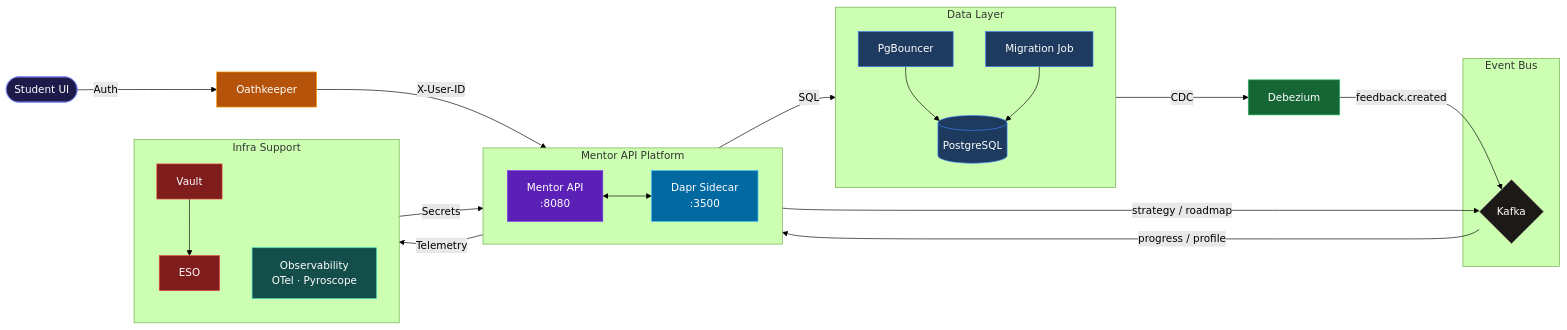
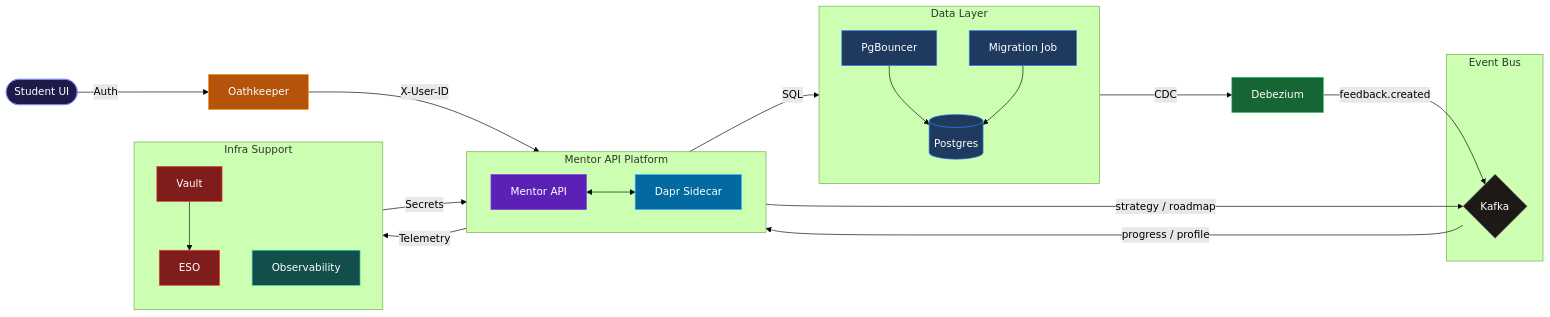
The diagram in README.md (MathTrail/mentor-api), drawn with Mermaid (forest theme) before and after one commit.

````diff
--- a/README.md
+++ b/README.md
@@ -36,54 +36,54 @@
 ```mermaid
 graph LR
     User([Student UI]) -- "Auth" --> OK[Oathkeeper]
     
     subgraph MentorService [Mentor API Platform]
         direction LR
-        App["Mentor API\n:8080"]
-        Sidecar["Dapr Sidecar\n:3500"]
+        App["Mentor API"]
+        Sidecar["Dapr Sidecar"]
         App <--> Sidecar
     end
 
     OK -- "X-User-ID" --> App
 
     subgraph Storage [Data Layer]
         direction TB
-        PGB["PgBouncer"] --> PG[("PostgreSQL")]
+        PGB["PgBouncer"] --> PG[("Postgres")]
         Mig["Migration Job"] --> PG
     end
 
     Sidecar -- "SQL" --> PGB
     PG -- "CDC" --> Deb[Debezium]
     
     subgraph Bus [Event Bus]
         Kfk{Kafka}
     end
 
     Deb -- "feedback.created" --> Kfk
     Kfk -- "progress / profile" --> App
     App -- "strategy / roadmap" --> Kfk
 
     subgraph Support [Infra Support]
         direction TB
         Vault["Vault"] --> ESO["ESO"]
-        Obs["Observability\nOTel · Pyroscope"]
+        Obs["Observability"]
     end
 
     ESO -- "Secrets" --> Sidecar
     App -- "Telemetry" --> Obs
 
     %% Styling
     classDef svc fill:#5b21b6,stroke:#7c3aed,color:#fff
     classDef dapr fill:#0369a1,stroke:#38bdf8,color:#fff
     classDef authCls fill:#b45309,stroke:#f59e0b,color:#fff
     classDef dataCls fill:#1e3a5f,stroke:#3b82f6,color:#fff
     classDef cdcCls fill:#166534,stroke:#22c55e,color:#fff
     classDef eventCls fill:#1c1917,stroke:#78716c,color:#fff
     classDef secretCls fill:#7f1d1d,stroke:#ef4444,color:#fff
     classDef obsCls fill:#134e4a,stroke:#2dd4bf,color:#fff
     classDef actorCls fill:#1e1b4b,stroke:#818cf8,color:#fff
 
     class App svc; class Sidecar dapr; class OK authCls;
     class PGB,PG,Mig dataCls; class Deb cdcCls; class Kfk eventCls;
     class Vault,ESO secretCls; class Obs obsCls; class User actorCls;
 ```
````
